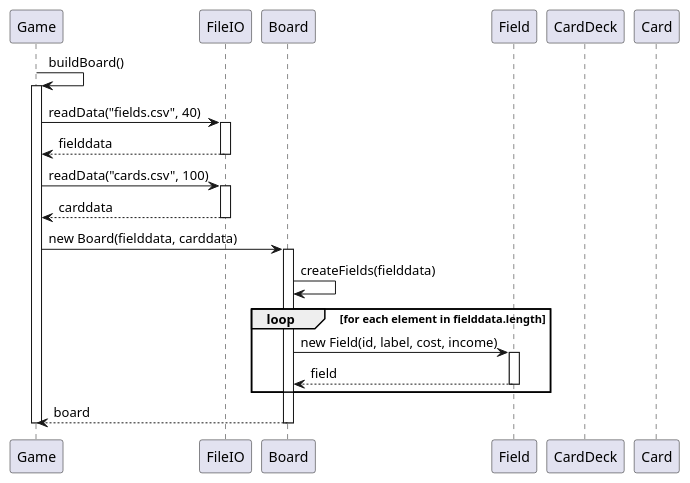
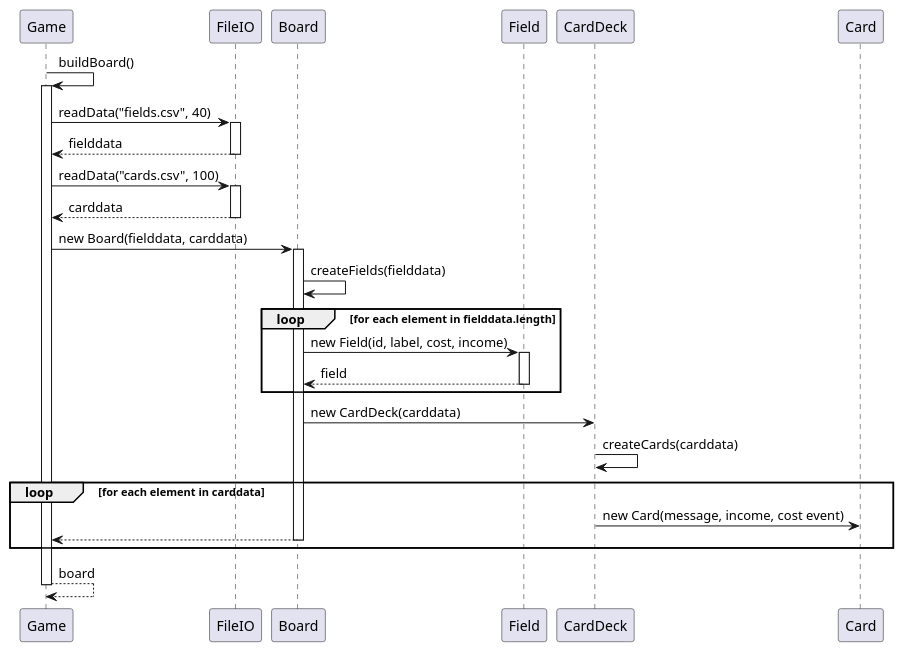
Before and after one commit to Dat1Cphbusiness/MonopolyE25: the diagram in doc/plan/dynamic/sequence_uc1_buildboard.puml, drawn with PlantUML. The commit also changed 2 other files, not shown here.

Commit message:
Board Tobias&Emil

```diff
--- a/doc/plan/dynamic/sequence_uc1_buildboard.puml
+++ b/doc/plan/dynamic/sequence_uc1_buildboard.puml
@@ -2,46 +2,52 @@
 @startuml
 'https://plantuml.com/sequence-diagram
 participant Game
 participant FileIO
 participant Board
 participant Field
 participant CardDeck
 participant Card
 
 
 Game -> Game: buildBoard()
 activate Game
 Game -> FileIO: readData("fields.csv", 40)
 activate FileIO
 return fielddata
 
 Game -> FileIO: readData("cards.csv", 100)
 activate FileIO
 return carddata
 
 
 Game -> Board : new Board(fielddata, carddata)
 activate Board
 
 
 Board -> Board : createFields(fielddata)
 
 
 loop  for each element in fielddata.length
 
 
 Board -> Field : new Field(id, label, cost, income)
 activate Field
 return field
 
 end
+Board -> CardDeck: new CardDeck(carddata)
+CardDeck -> CardDeck: createCards(carddata)
+loop for each element in carddata
+CardDeck -> Card : new Card(message, income, cost event)
+return
+end
 
 'indsæt kald til readData for at indlæse chance kort data
 'indsæt kald til konstruktoren i CardDeck
 'indsæt kald til createCards
 'indsæt et loop
 'indsæt kald til konstruktoren i Card
 
 return board
 deactivate Game
 @enduml
```
